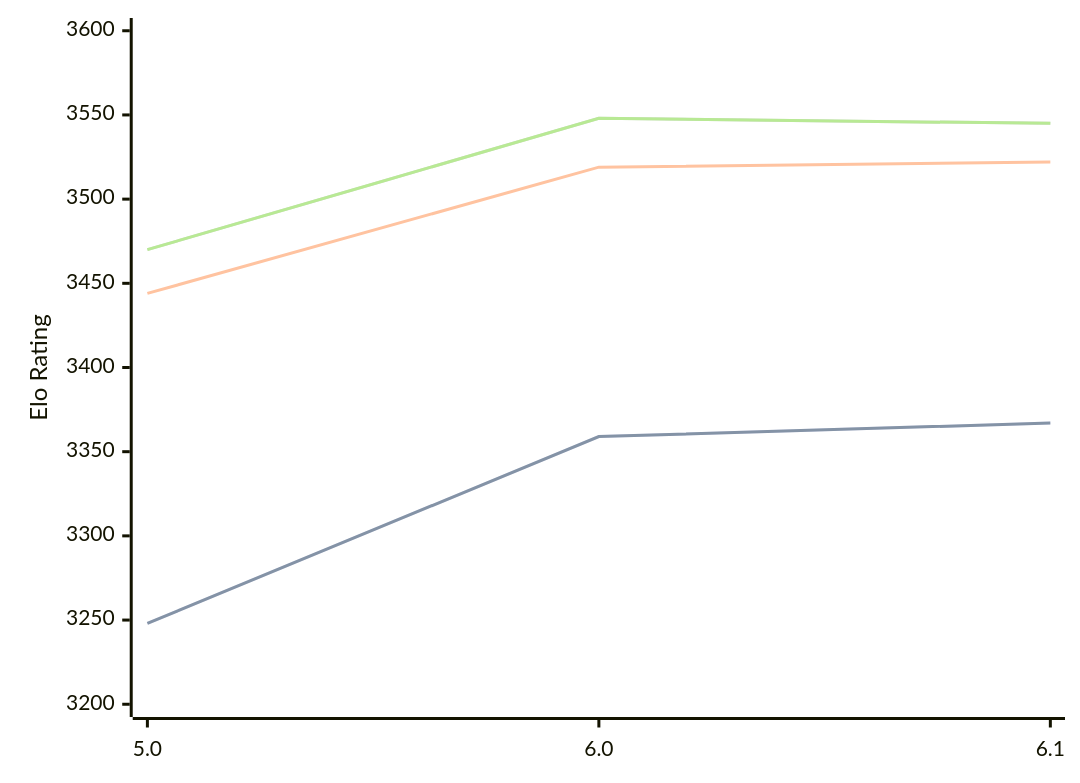
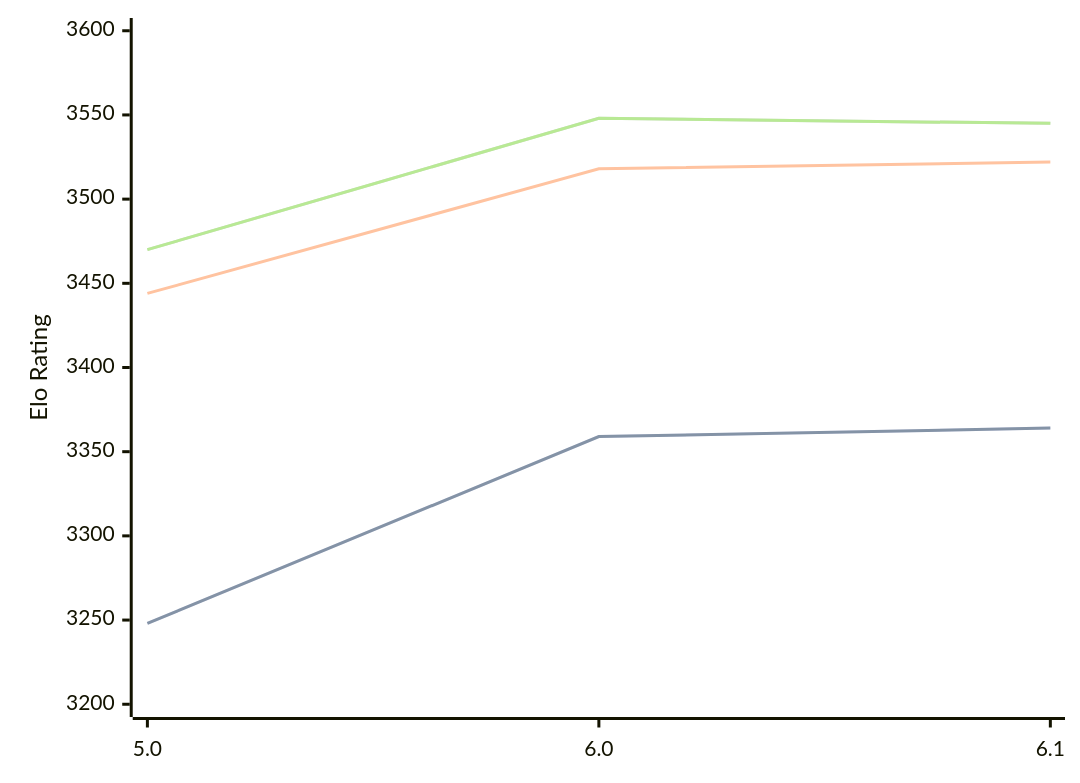
One commit to computer-chess-index/cci changed the diagram in engines/Starzix.md. Above: the diagram before and after it, drawn with Mermaid. The commit also changed other lines of this file, not shown here.

Commit message:
Update CCI Ratings (ELO VLTC) - 2026-03-16

````diff
--- a/engines/Starzix.md
+++ b/engines/Starzix.md
@@ -35,11 +35,11 @@
 ```mermaid
 %%{init: {"theme":"base","themeVariables":{"seriesColors:['#a3a3a3','#222221','#faa371']}}}%%
 xychart-beta
   x-axis ["5.0", "6.0", "6.1"]
   y-axis "Elo Rating" 3200 --> 3600
-  line "STC (8.0+0.08s)" [3248, 3359, 3367]
-  line "STC (8.0+0.08s)" [3248, 3359, 3367]
-  line "LTC (60.0+0.60s)" [3444, 3519, 3522]
+  line "STC (8.0+0.08s)" [3248, 3359, 3364]
+  line "STC (8.0+0.08s)" [3248, 3359, 3364]
+  line "LTC (60.0+0.60s)" [3444, 3518, 3522]
   line "VLTC (2m24s+1.12s)" [3470, 3548, 3545]
   line "VLTC (2m24s+1.12s)" [3470, 3548, 3545]
 ```
````
